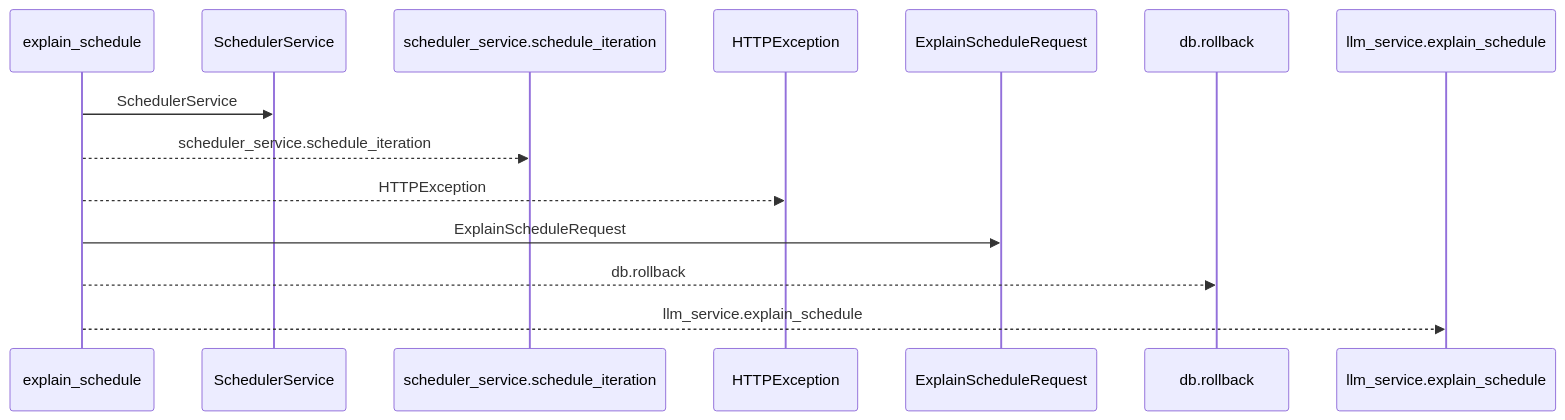
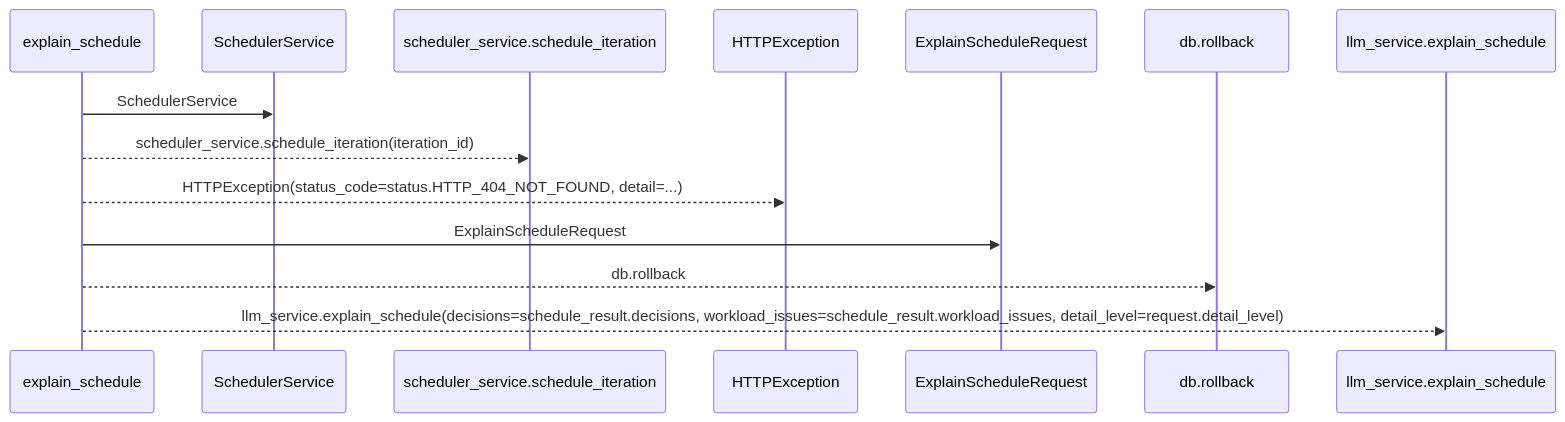
Before and after one commit to Denissvgn/WorkChord: the first of 2 diagrams in docs/llm_wiki/flows/http-explain_schedule.md, drawn with Mermaid. The commit also changed other lines of this file and 25171 other files, not shown here.

````diff
--- a/docs/llm_wiki/flows/http-explain_schedule.md
+++ b/docs/llm_wiki/flows/http-explain_schedule.md
@@ -10,16 +12,16 @@
 ```mermaid
 sequenceDiagram
     participant p0 as explain_schedule
     participant p1 as SchedulerService
     participant p2 as scheduler_service.schedule_iteration
     participant p3 as HTTPException
     participant p4 as ExplainScheduleRequest
     participant p5 as db.rollback
     participant p6 as llm_service.explain_schedule
     p0->>p1: SchedulerService
-    p0-->>p2: scheduler_service.schedule_iteration
-    p0-->>p3: HTTPException
+    p0-->>p2: scheduler_service.schedule_iteration(iteration_id)
+    p0-->>p3: HTTPException(status_code=status.HTTP_404_NOT_FOUND, detail=...)
     p0->>p4: ExplainScheduleRequest
     p0-->>p5: db.rollback
-    p0-->>p6: llm_service.explain_schedule
+    p0-->>p6: llm_service.explain_schedule(decisions=schedule_result.decisions, workload_issues=schedule_result.workload_issues, detail_level=request.detail_level)
 ```
````
